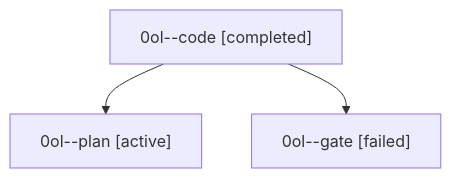
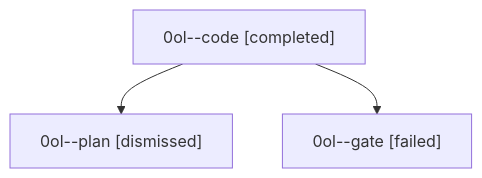
The diagram in sessions/bbugyi200.athena.0ol.md (sase-org/sase--agents), drawn with Mermaid before and after one commit. The commit also changed other lines of this file and 37 other files, not shown here.

````diff
--- a/sessions/bbugyi200.athena.0ol.md
+++ b/sessions/bbugyi200.athena.0ol.md
@@ -9,8 +9,8 @@
 ```mermaid
 flowchart TD
   n0["0ol--code [completed]"]
-  n1["0ol--plan [active]"]
+  n1["0ol--plan [dismissed]"]
   n0 --> n1
   n2["0ol--gate [failed]"]
   n0 --> n2
 ```
````
